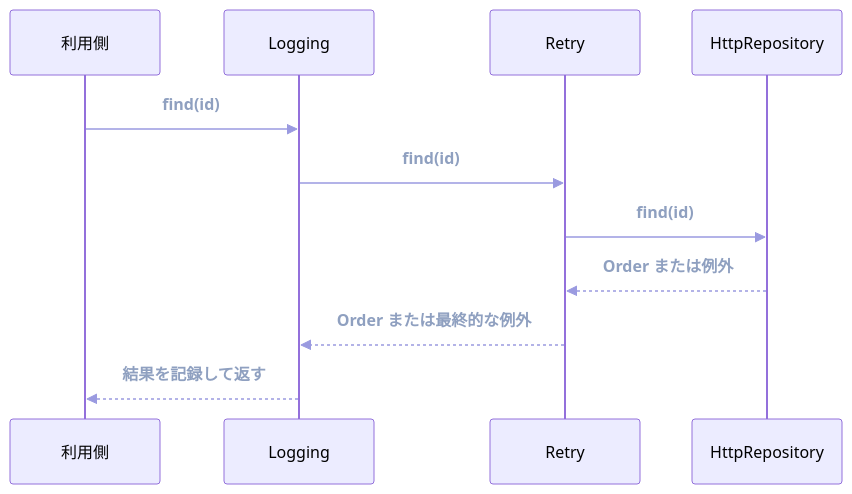
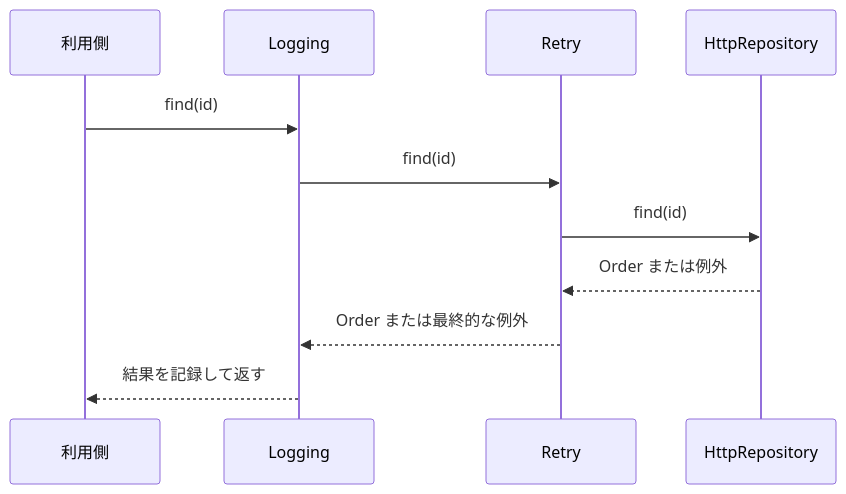
One commit to nagahara-naoki/zenn changed the diagram in articles/05cf1b6ed1c352.md. Above: the diagram before and after it, drawn with Mermaid.

Commit message:
DecoratorパターンをTypeScriptで理解する

````diff
--- a/articles/05cf1b6ed1c352.md
+++ b/articles/05cf1b6ed1c352.md
@@ -54,14 +54,13 @@
 ```mermaid
-%%{init: {'sequence': {'messageFontWeight': 'bold', 'messageFontSize': 15}, 'themeVariables': {'signalColor': '#9a9ae0', 'signalTextColor': '#8fa0c0'}}}%%
 sequenceDiagram
     participant U as 利用側
     participant L as Logging
     participant R as Retry
     participant H as HttpRepository
     U->>L: find(id)
     L->>R: find(id)
     R->>H: find(id)
     H-->>R: Order または例外
     R-->>L: Order または最終的な例外
     L-->>U: 結果を記録して返す
 ```
````
